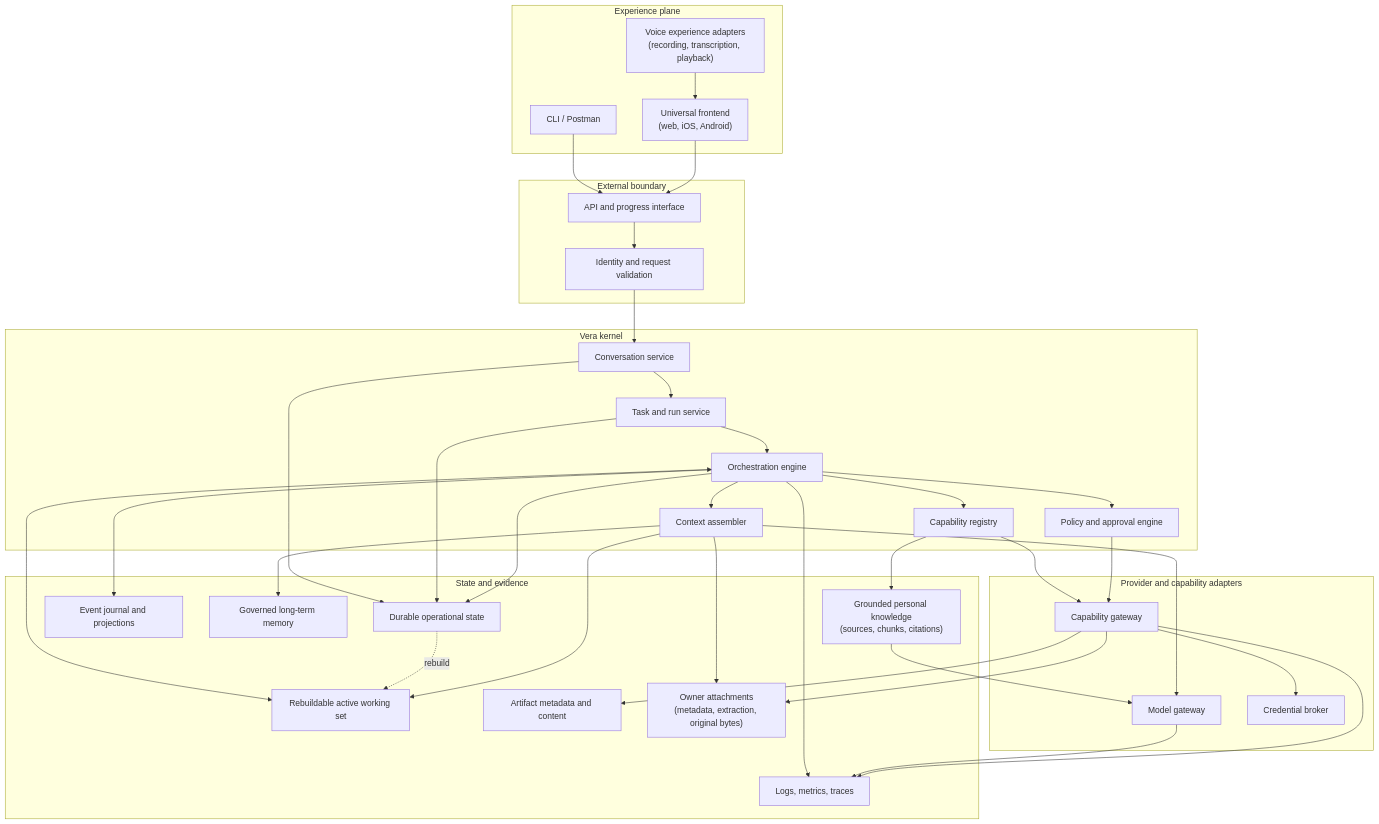
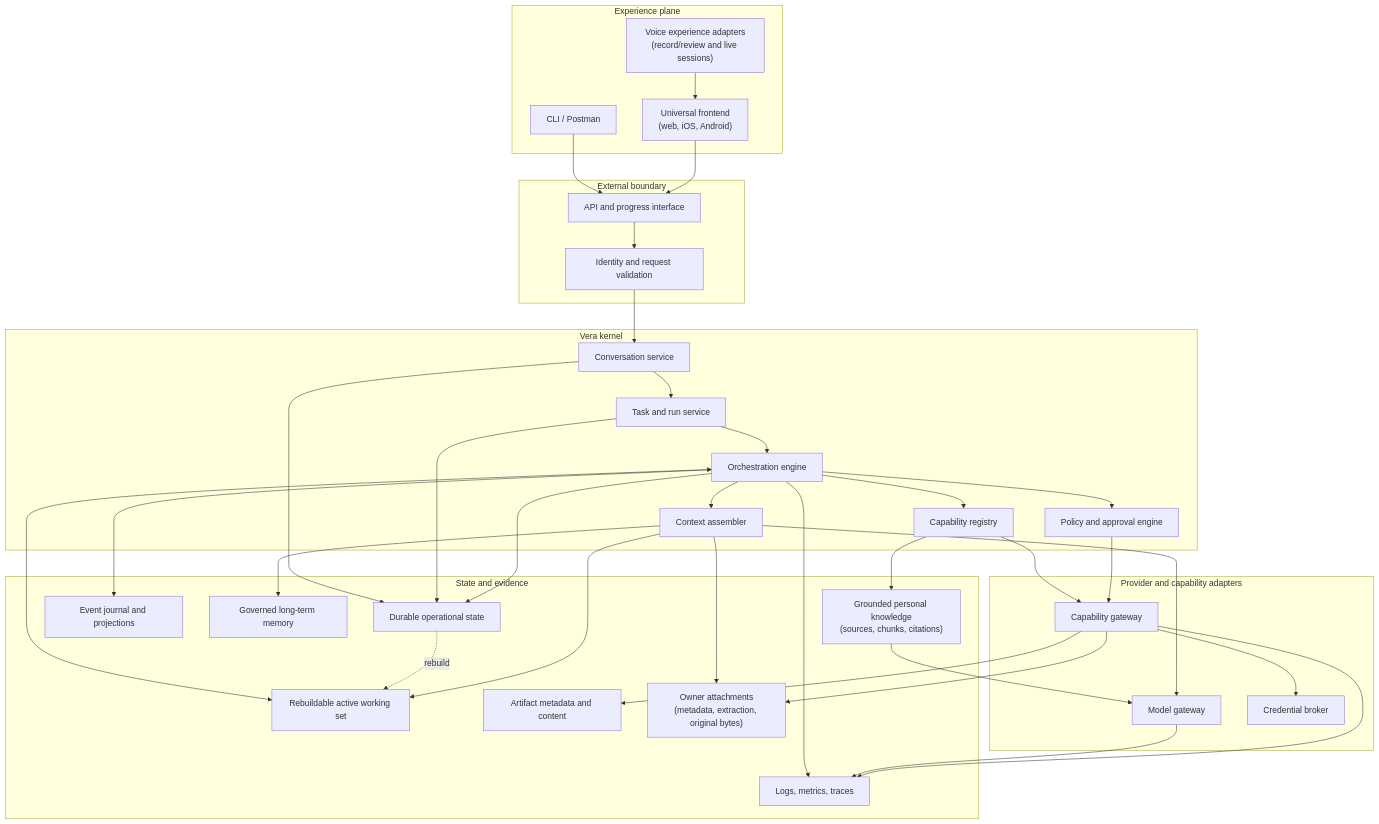
The second of 17 diagrams in docs/system-architecture.md (4romgod/vera), drawn with Mermaid before and after one commit. The commit also changed other lines of this file and 62 other files, not shown here.

Commit message:
feat(voice): add durable live conversation mode (#40)

````diff
--- a/docs/system-architecture.md
+++ b/docs/system-architecture.md
@@ -89,69 +91,69 @@
 ```mermaid
 flowchart TB
     subgraph Experience["Experience plane"]
         CLI["CLI / Postman"]
         FRONTEND["Universal frontend<br/>(web, iOS, Android)"]
-        VOICE["Voice experience adapters<br/>(recording, transcription, playback)"]
+        VOICE["Voice experience adapters<br/>(record/review and live sessions)"]
     end
 
     subgraph Boundary["External boundary"]
         API["API and progress interface"]
         ID["Identity and request validation"]
     end
 
     subgraph Kernel["Vera kernel"]
         CONV["Conversation service"]
         TASK["Task and run service"]
         ORCH["Orchestration engine"]
         POLICY["Policy and approval engine"]
         REG["Capability registry"]
         CONTEXT["Context assembler"]
     end
 
     subgraph Adapters["Provider and capability adapters"]
         MODEL["Model gateway"]
         CAP["Capability gateway"]
         CREDS["Credential broker"]
     end
 
     subgraph State["State and evidence"]
         OPS["Durable operational state"]
         WORK["Rebuildable active working set"]
         EVENTS["Event journal and projections"]
         MEMORY["Governed long-term memory"]
         KNOWLEDGE["Grounded personal knowledge<br/>(sources, chunks, citations)"]
         ART["Artifact metadata and content"]
         DOC["Owner attachments<br/>(metadata, extraction, original bytes)"]
         OBS["Logs, metrics, traces"]
     end
 
     CLI --> API
     FRONTEND --> API
     VOICE --> FRONTEND
     API --> ID --> CONV
     CONV --> TASK --> ORCH
     ORCH --> CONTEXT
     ORCH --> POLICY
     ORCH --> REG
     CONTEXT --> MODEL
     REG --> CAP
     POLICY --> CAP
     CAP --> CREDS
 
     CONV --> OPS
     TASK --> OPS
     ORCH --> OPS
     ORCH <--> WORK
     OPS -. "rebuild" .-> WORK
     ORCH --> EVENTS
     CONTEXT --> WORK
     CONTEXT --> MEMORY
     REG --> KNOWLEDGE
     KNOWLEDGE --> MODEL
     CONTEXT --> DOC
     CAP --> ART
     CAP --> DOC
     ORCH --> OBS
     MODEL --> OBS
     CAP --> OBS
 ```
````
